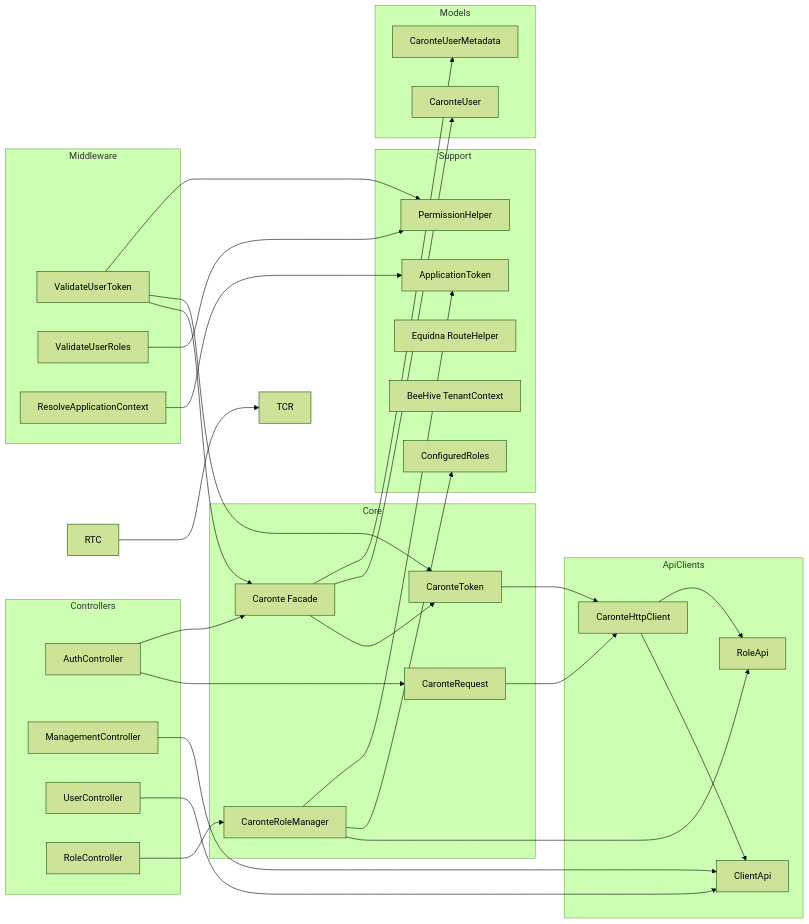
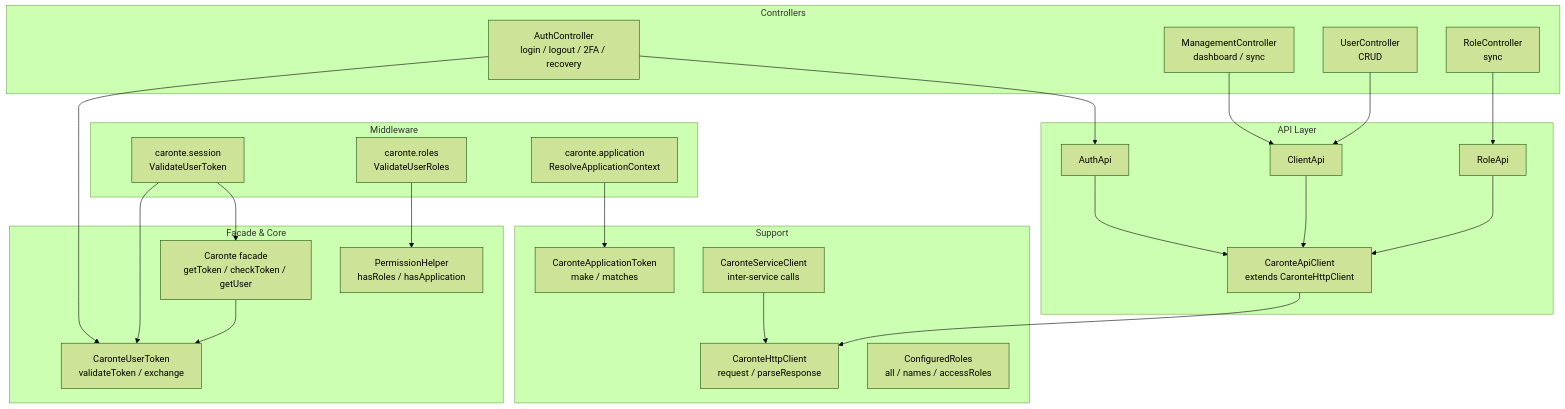
One commit to Ometra-Nyx/mx.ometra.caronte-client changed the third of 5 diagrams in doc/architecture-diagrams.md. Above: the diagram before and after it, drawn with Mermaid (forest theme). The commit also changed other lines of this file and 5 other files, not shown here.

````diff
--- a/doc/architecture-diagrams.md
+++ b/doc/architecture-diagrams.md
@@ -56,68 +45,51 @@
 ```mermaid
-flowchart LR
+graph TD
     subgraph Middleware
-        VS[ValidateUserToken]
-        VR[ValidateUserRoles]
-        RAT[ResolveApplicationContext]
+        A[caronte.session<br/>ValidateUserToken]
+        B[caronte.roles<br/>ValidateUserRoles]
+        C[caronte.application<br/>ResolveApplicationContext]
     end
 
     subgraph Controllers
-        Auth[AuthController]
-        Mgmt[ManagementController]
-        User[UserController]
-        Role[RoleController]
+        D[AuthController<br/>login / logout / 2FA / recovery]
+        E[ManagementController<br/>dashboard / sync]
+        F[UserController<br/>CRUD]
+        G[RoleController<br/>sync]
     end
 
-    subgraph Core
-        Facade[Caronte Facade]
-        Token[CaronteToken]
-        Req[CaronteRequest]
-        RM[CaronteRoleManager]
+    subgraph Facade & Core
+        H[Caronte facade<br/>getToken / checkToken / getUser]
+        I[CaronteUserToken<br/>validateToken / exchange]
+        J[PermissionHelper<br/>hasRoles / hasApplication]
     end
 
-    subgraph ApiClients
-        HTTP[CaronteHttpClient]
-        ClientApi[ClientApi]
-        RoleApi[RoleApi]
+    subgraph API Layer
+        K[AuthApi]
+        L[ClientApi]
+        M[RoleApi]
+        N[CaronteApiClient<br/>extends CaronteHttpClient]
     end
 
     subgraph Support
-        AppToken[ApplicationToken]
-        ConfigRoles[ConfiguredRoles]
-        RouteHelper[Equidna RouteHelper]
-        TenantContext[BeeHive TenantContext]
-        PH[PermissionHelper]
+        O[CaronteApplicationToken<br/>make / matches]
+        P[CaronteHttpClient<br/>request / parseResponse]
+        Q[ConfiguredRoles<br/>all / names / accessRoles]
+        R[CaronteServiceClient<br/>inter-service calls]
     end
 
-    subgraph Models
-        CUser[CaronteUser]
-        CMeta[CaronteUserMetadata]
-    end
-
-    VS --> Facade
-    VS --> Token
-    VS --> PH
-    VR --> PH
-    RAT --> AppToken
-    RTC --> TCR
-
-    Auth --> Req
-    Auth --> Facade
-    Mgmt --> ClientApi
-    User --> ClientApi
-    Role --> RM
-
-    Facade --> Token
-    Req --> HTTP
-    RM --> RoleApi
-    RM --> ConfigRoles
-    RM --> AppToken
-
-    HTTP --> ClientApi
-    HTTP --> RoleApi
-
-    Token --> HTTP
-
-    Facade --> CUser
-    Facade --> CMeta
+    A --> H
+    A --> I
+    B --> J
+    C --> O
+    D --> K
+    D --> I
+    E --> L
+    F --> L
+    G --> M
+    K --> N
+    L --> N
+    M --> N
+    N --> P
+    R --> P
+    H --> I
 ```
````
